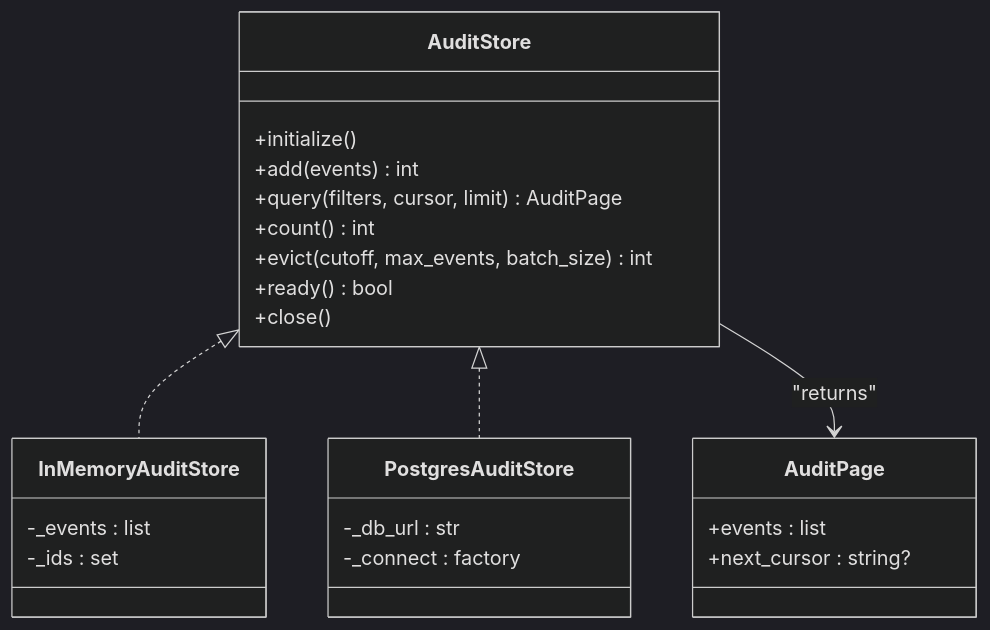
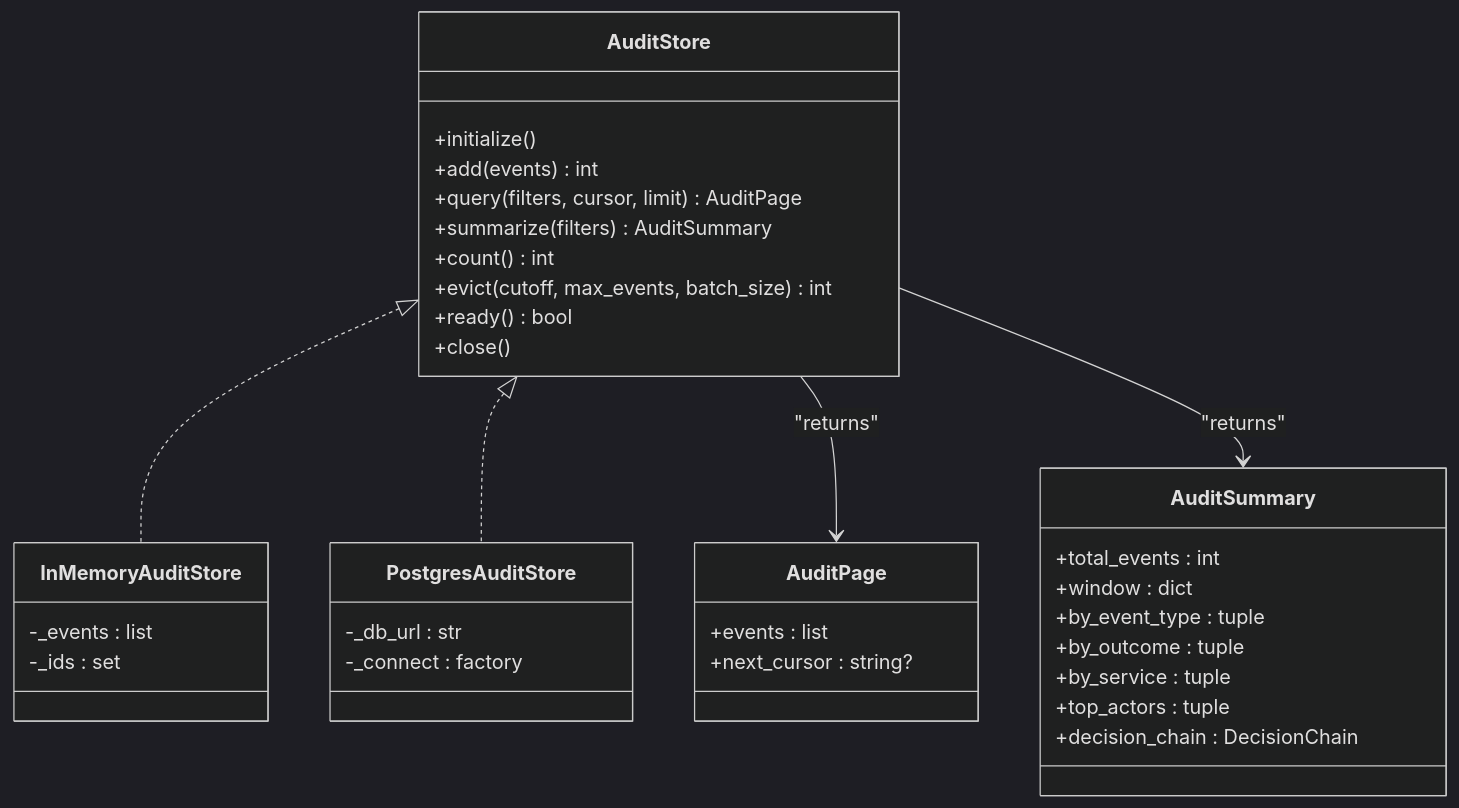
The eighth of 13 diagrams in .qoder/repowiki/en/content/Architecture Documentation/Audit Service Product.md (metasync/luban-aiops), drawn with Mermaid (dark theme) before and after one commit. The commit also changed other lines of this file and 4 other files, not shown here.

````diff
--- a/.qoder/repowiki/en/content/Architecture Documentation/Audit Service Product.md
+++ b/.qoder/repowiki/en/content/Architecture Documentation/Audit Service Product.md
@@ -259,27 +368,38 @@
 ```mermaid
 classDiagram
 class AuditStore {
 +initialize()
 +add(events) int
 +query(filters, cursor, limit) AuditPage
++summarize(filters) AuditSummary
 +count() int
 +evict(cutoff, max_events, batch_size) int
 +ready() bool
 +close()
 }
 class InMemoryAuditStore {
 -_events : list
 -_ids : set
 }
 class PostgresAuditStore {
 -_db_url : str
 -_connect : factory
 }
 class AuditPage {
 +events : list
 +next_cursor : string?
 }
+class AuditSummary {
++total_events : int
++window : dict
++by_event_type : tuple
++by_outcome : tuple
++by_service : tuple
++top_actors : tuple
++decision_chain : DecisionChain
+}
 AuditStore <|.. InMemoryAuditStore
 AuditStore <|.. PostgresAuditStore
 AuditStore --> AuditPage : "returns"
+AuditStore --> AuditSummary : "returns"
 ```
````
